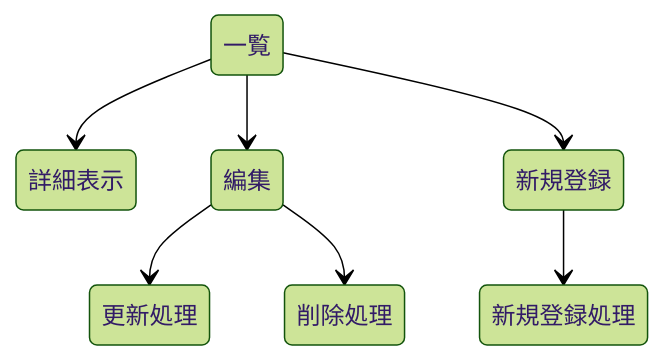
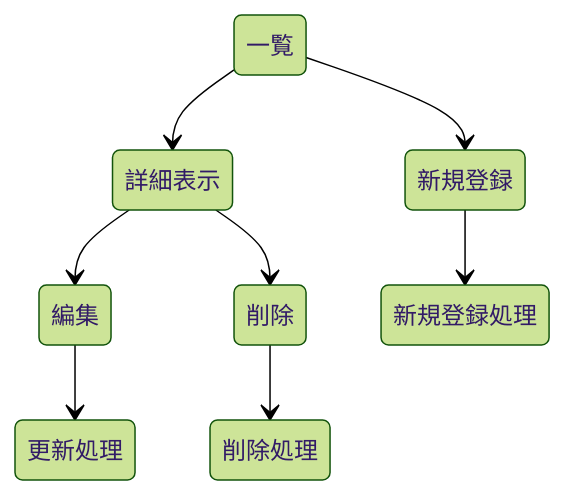
One commit to s25g1070fl-spec/webpro_06 changed the diagram in md/report.md. Above: the diagram before and after it, drawn with Mermaid (forest theme). The commit also changed other lines of this file and 3 other files, not shown here.

````diff
--- a/md/report.md
+++ b/md/report.md
@@ -6,9 +29,10 @@
 ```mermaid
 stateDiagram-v2
 一覧 --> 詳細表示
-一覧 --> 編集
+詳細表示 --> 編集
+詳細表示 --> 削除
 一覧 --> 新規登録
 新規登録 --> 新規登録処理
 編集 --> 更新処理
-編集 --> 削除処理
+削除 --> 削除処理
 ```
````
